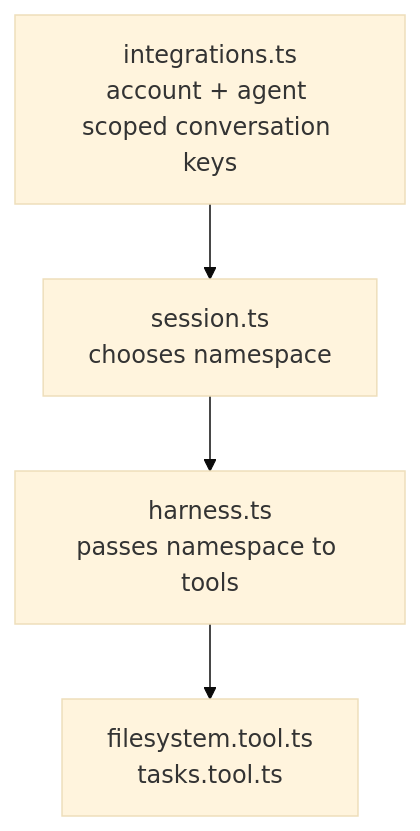
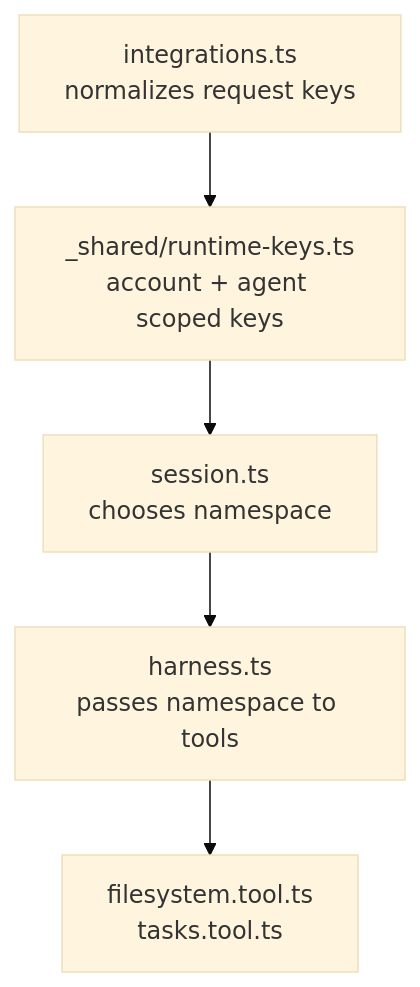
One commit to beeblastco/broods changed the sixth of 6 diagrams in docs/memory-and-session.md. Above: the diagram before and after it, drawn with Mermaid (base theme). The commit also changed other lines of this file and 38 other files, not shown here.

````diff
--- a/docs/memory-and-session.md
+++ b/docs/memory-and-session.md
@@ -135,6 +135,7 @@
 ```mermaid
 flowchart TD
-  Integrations["integrations.ts<br/>account + agent scoped conversation keys"] --> Session["session.ts<br/>chooses namespace"]
+  Integrations["integrations.ts<br/>normalizes request keys"] --> Keys["_shared/runtime-keys.ts<br/>account + agent scoped keys"]
+  Keys --> Session["session.ts<br/>chooses namespace"]
   Session --> Harness["harness.ts<br/>passes namespace to tools"]
   Harness --> Tools["filesystem.tool.ts<br/>tasks.tool.ts"]
 ```
````
